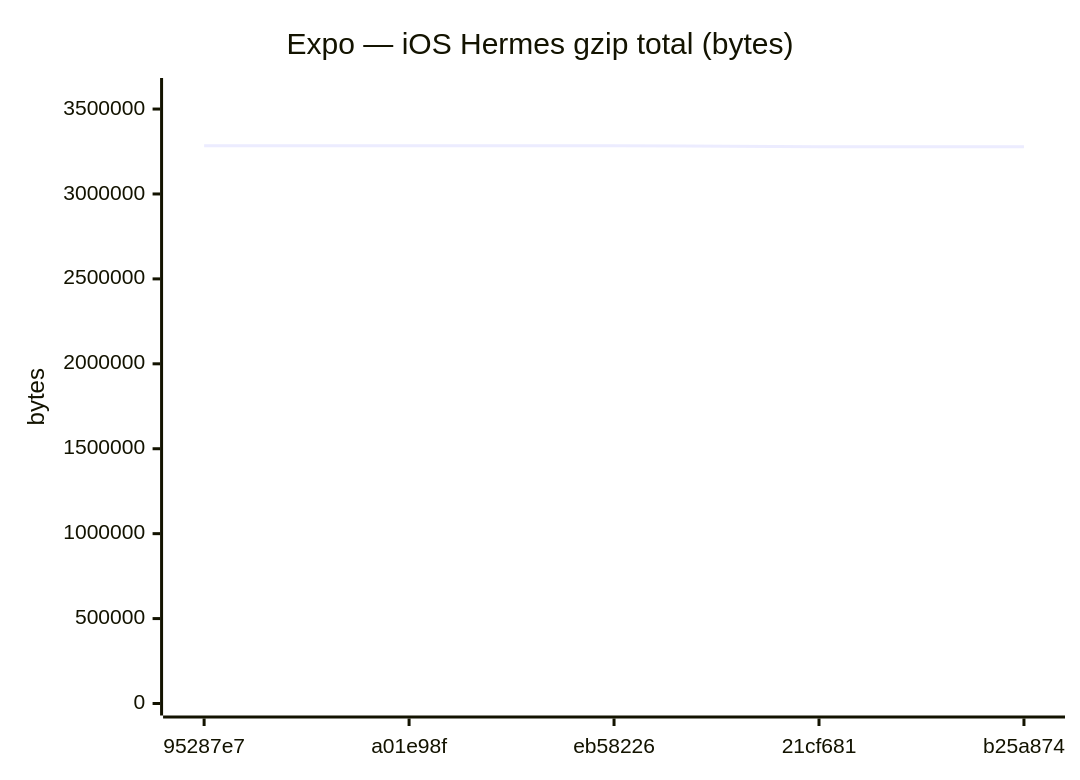
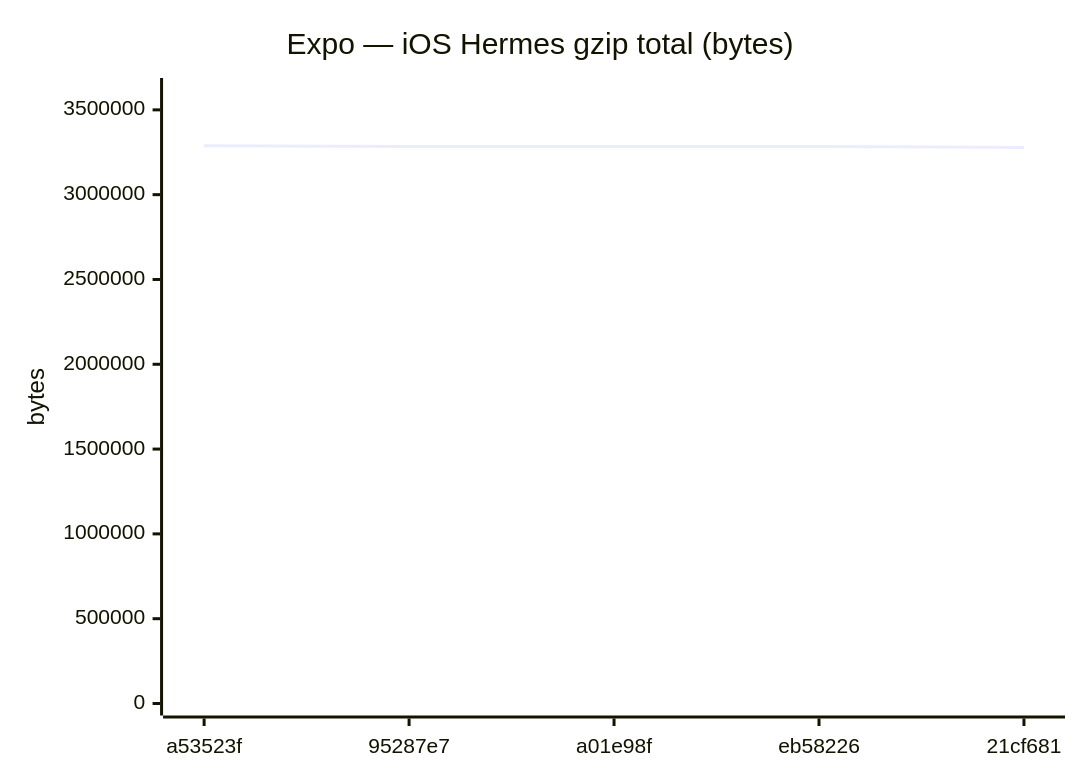
Before and after one commit to Metaheurist/Rianell: diagram 12 of 18 in benchmarks/compare.md, drawn with Mermaid. The commit also changed other lines of this file and 11 other files, not shown here.

````diff
--- a/benchmarks/compare.md
+++ b/benchmarks/compare.md
@@ -179,7 +179,7 @@
 ```mermaid
 xychart-beta
     title "Expo — iOS Hermes gzip total (bytes)"
-    x-axis ["95287e7", "a01e98f", "eb58226", "21cf681", "b25a874"]
-    y-axis "bytes" 0 --> 3612148
-    line [3283767, 3283770, 3283769, 3278198, 3278199]
+    x-axis ["a53523f", "95287e7", "a01e98f", "eb58226", "21cf681"]
+    y-axis "bytes" 0 --> 3617098
+    line [3288270, 3283767, 3283770, 3283769, 3278198]
 ```
````
